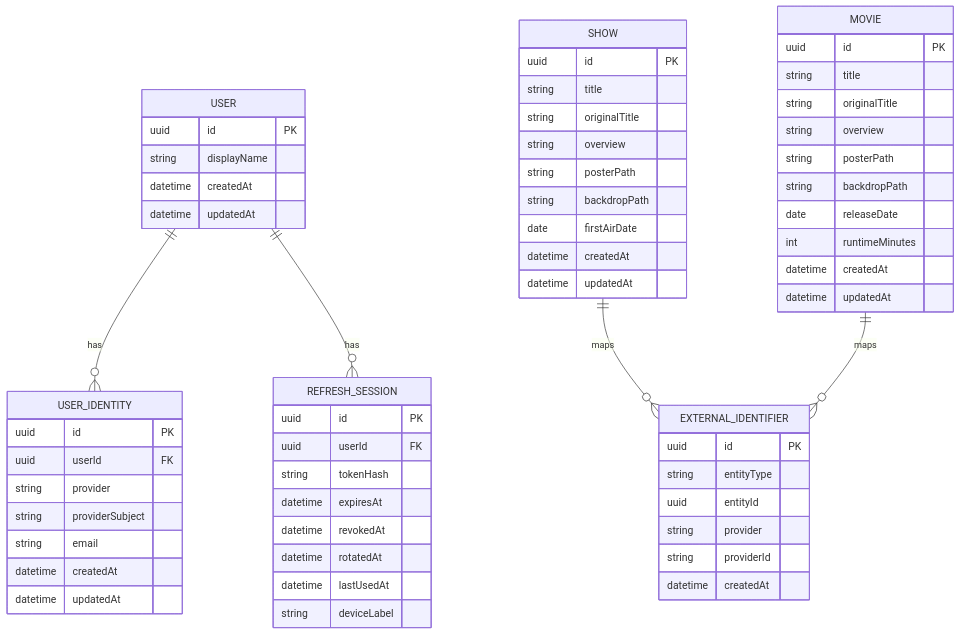
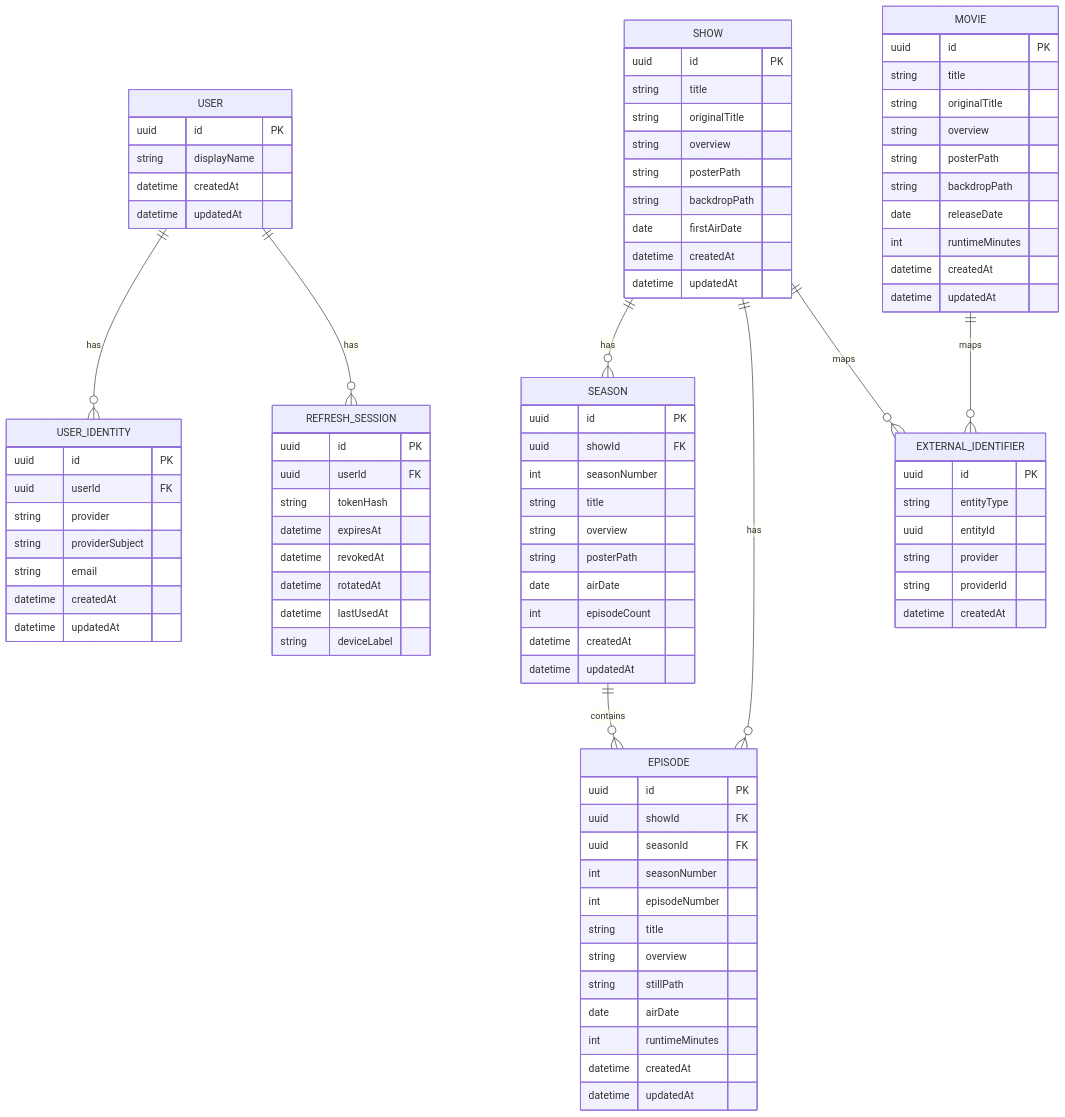
The eighth of 9 diagrams in docs/current-state.md (luiskabal/tvlore), drawn with Mermaid before and after one commit. The commit also changed other lines of this file and 19 other files, not shown here.

```diff
--- a/docs/current-state.md
+++ b/docs/current-state.md
@@ -341,6 +390,9 @@
 erDiagram
   USER ||--o{ USER_IDENTITY : has
   USER ||--o{ REFRESH_SESSION : has
+  SHOW ||--o{ SEASON : has
+  SHOW ||--o{ EPISODE : has
+  SEASON ||--o{ EPISODE : contains
   SHOW ||--o{ EXTERNAL_IDENTIFIER : maps
   MOVIE ||--o{ EXTERNAL_IDENTIFIER : maps
 
@@ -397,6 +449,34 @@
     datetime updatedAt
   }
 
+  SEASON {
+    uuid id PK
+    uuid showId FK
+    int seasonNumber
+    string title
+    string overview
+    string posterPath
+    date airDate
+    int episodeCount
+    datetime createdAt
+    datetime updatedAt
+  }
+
+  EPISODE {
+    uuid id PK
+    uuid showId FK
+    uuid seasonId FK
+    int seasonNumber
+    int episodeNumber
+    string title
+    string overview
+    string stillPath
+    date airDate
+    int runtimeMinutes
+    datetime createdAt
+    datetime updatedAt
+  }
+
   EXTERNAL_IDENTIFIER {
     uuid id PK
     string entityType
```
